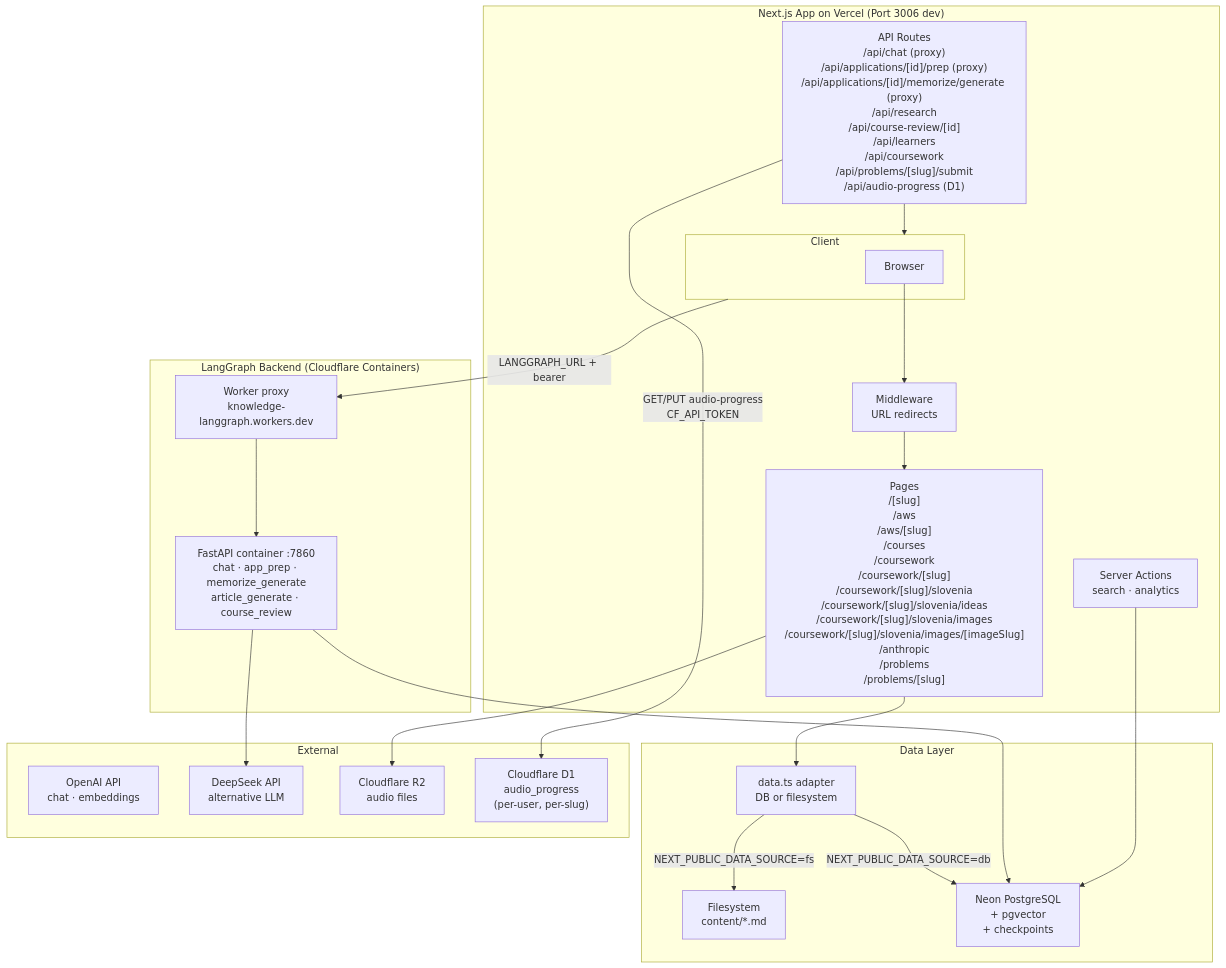
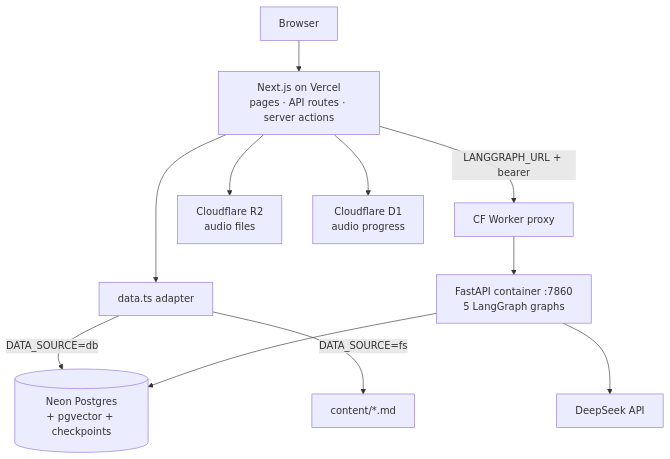
The diagram in README.md (AshiteshSingh/ai-engineer-roadmap), drawn with Mermaid before and after one commit. The commit also changed other lines of this file, not shown here.

````diff
--- a/README.md
+++ b/README.md
@@ -94,46 +73,13 @@
 ```mermaid
 graph TD
-    subgraph Client
-        Browser["Browser"]
-    end
-
-    subgraph Next.js["Next.js App on Vercel (Port 3006 dev)"]
-        Pages["Pages\n/[slug]\n/aws\n/aws/[slug]\n/courses\n/coursework\n/coursework/[slug]\n/coursework/[slug]/slovenia\n/coursework/[slug]/slovenia/ideas\n/coursework/[slug]/slovenia/images\n/coursework/[slug]/slovenia/images/[imageSlug]\n/anthropic\n/problems\n/problems/[slug]"]
-        API["API Routes\n/api/chat (proxy)\n/api/applications/[id]/prep (proxy)\n/api/applications/[id]/memorize/generate (proxy)\n/api/research\n/api/course-review/[id]\n/api/learners\n/api/coursework\n/api/problems/[slug]/submit\n/api/audio-progress (D1)"]
-        Client["src/lib/langgraph-client.ts\nPOST /runs/wait"]
-        SA["Server Actions\nsearch · analytics"]
-        MW["Middleware\nURL redirects"]
-    end
-
-    subgraph LangGraph["LangGraph Backend (Cloudflare Containers)"]
-        Worker["Worker proxy\nknowledge-langgraph.workers.dev"]
-        Container["FastAPI container :7860\nchat · app_prep · memorize_generate\narticle_generate · course_review"]
-    end
-
-    subgraph Data["Data Layer"]
-        Adapter["data.ts adapter\nDB or filesystem"]
-        FS["Filesystem\ncontent/*.md"]
-        DB["Neon PostgreSQL\n+ pgvector\n+ checkpoints"]
-    end
-
-    subgraph External
-        OpenAI["OpenAI API\nchat · embeddings"]
-        DeepSeek["DeepSeek API\nalternative LLM"]
-        R2["Cloudflare R2\naudio files"]
-        D1["Cloudflare D1\naudio_progress\n(per-user, per-slug)"]
-    end
-
-    Browser --> MW
-    MW --> Pages
-    Pages --> Adapter
-    SA --> DB
-    API --> Client
-    Client -->|LANGGRAPH_URL + bearer| Worker
-    Worker --> Container
-    Container --> DeepSeek
+    Browser --> Next["Next.js on Vercel<br/>pages · API routes · server actions"]
+    Next --> Adapter["data.ts adapter"]
+    Adapter -->|"DATA_SOURCE=db"| DB[("Neon Postgres<br/>+ pgvector + checkpoints")]
+    Adapter -->|"DATA_SOURCE=fs"| FS["content/*.md"]
+    Next -->|"LANGGRAPH_URL + bearer"| Worker["CF Worker proxy"]
+    Worker --> Container["FastAPI container :7860<br/>5 LangGraph graphs"]
+    Container --> DeepSeek["DeepSeek API"]
     Container --> DB
-    Adapter -->|NEXT_PUBLIC_DATA_SOURCE=db| DB
-    Adapter -->|NEXT_PUBLIC_DATA_SOURCE=fs| FS
-    Pages --> R2
-    API -->|GET/PUT audio-progress\nCF_API_TOKEN| D1
+    Next --> R2["Cloudflare R2<br/>audio files"]
+    Next --> D1["Cloudflare D1<br/>audio progress"]
 ```
````
